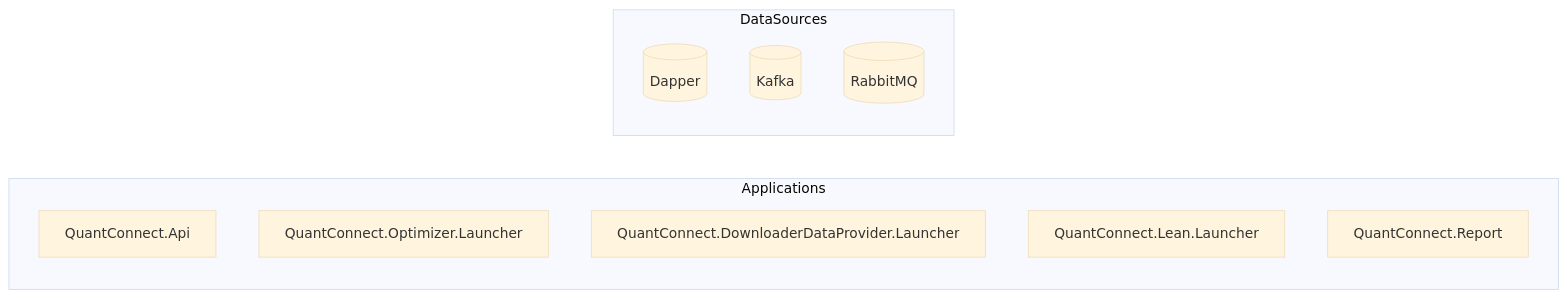
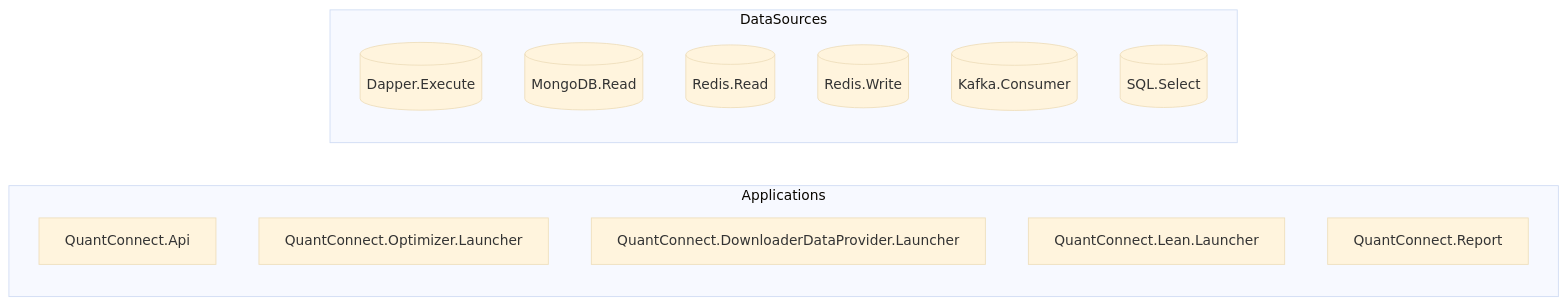
One commit to GanizaniSitara/tools-static-analysis changed the third of 4 diagrams in output-lean/docs/index.md. Above: the diagram before and after it, drawn with Mermaid (base theme). The commit also changed other lines of this file and 143 other files, not shown here.

````diff
--- a/output-lean/docs/index.md
+++ b/output-lean/docs/index.md
@@ -260,15 +260,18 @@
 ```mermaid
 graph LR
     subgraph Applications
         Lean_QuantConnect_Api["QuantConnect.Api"]
         Lean_QuantConnect_Optimizer_Launcher["QuantConnect.Optimizer.Launcher"]
         Lean_QuantConnect_DownloaderDataProvider_Launcher["QuantConnect.DownloaderDataProvider.Launcher"]
         Lean_QuantConnect_Lean_Launcher["QuantConnect.Lean.Launcher"]
         Lean_QuantConnect_Report["QuantConnect.Report"]
     end
     subgraph DataSources
-        datasource_Lean_Dapper[("Dapper")]
-        datasource_Lean_Kafka[("Kafka")]
-        datasource_Lean_RabbitMQ[("RabbitMQ")]
+        datasource_Lean_Dapper_Execute[("Dapper.Execute")]
+        datasource_Lean_MongoDB_Read[("MongoDB.Read")]
+        datasource_Lean_Redis_Read[("Redis.Read")]
+        datasource_Lean_Redis_Write[("Redis.Write")]
+        datasource_Lean_Kafka_Consumer[("Kafka.Consumer")]
+        datasource_Lean_SQL_Select[("SQL.Select")]
     end
 ```
````
